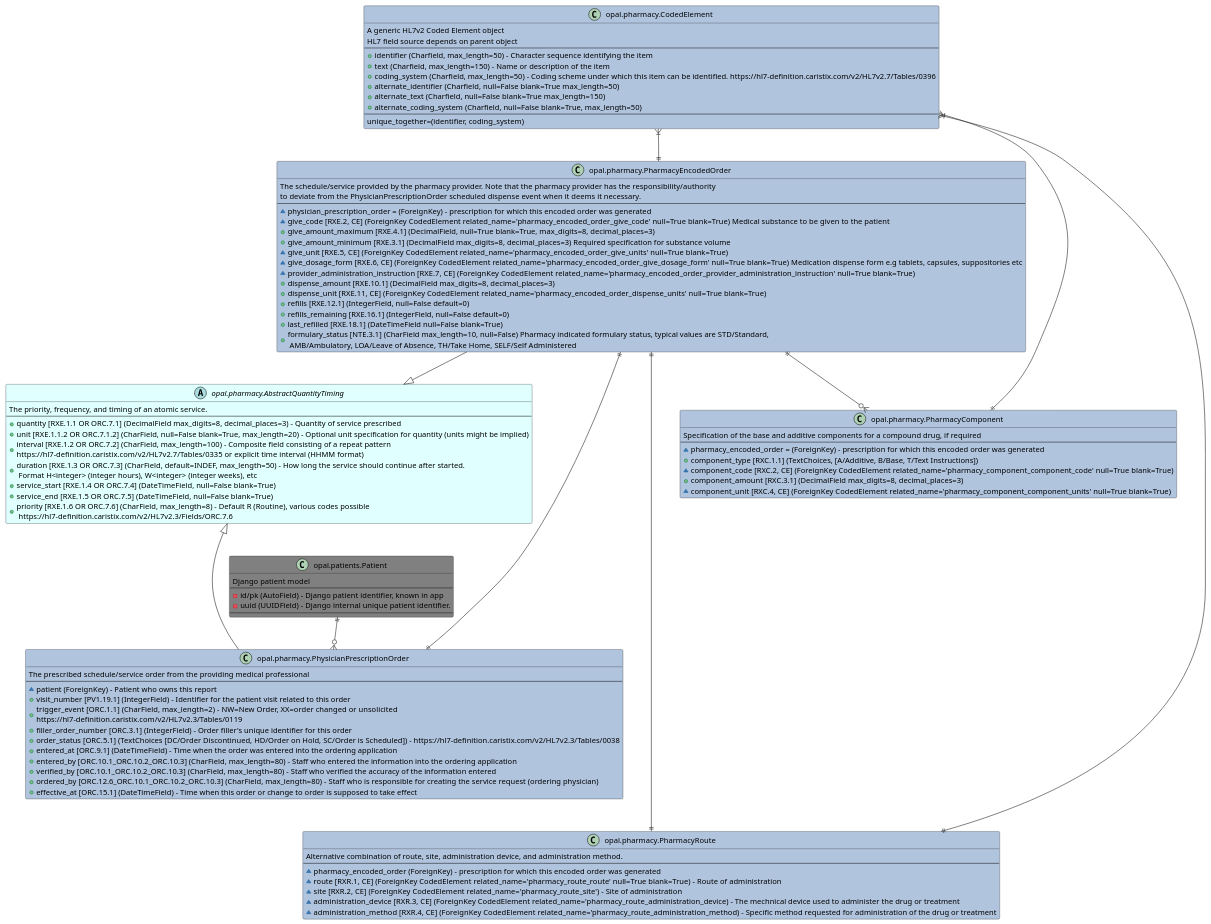
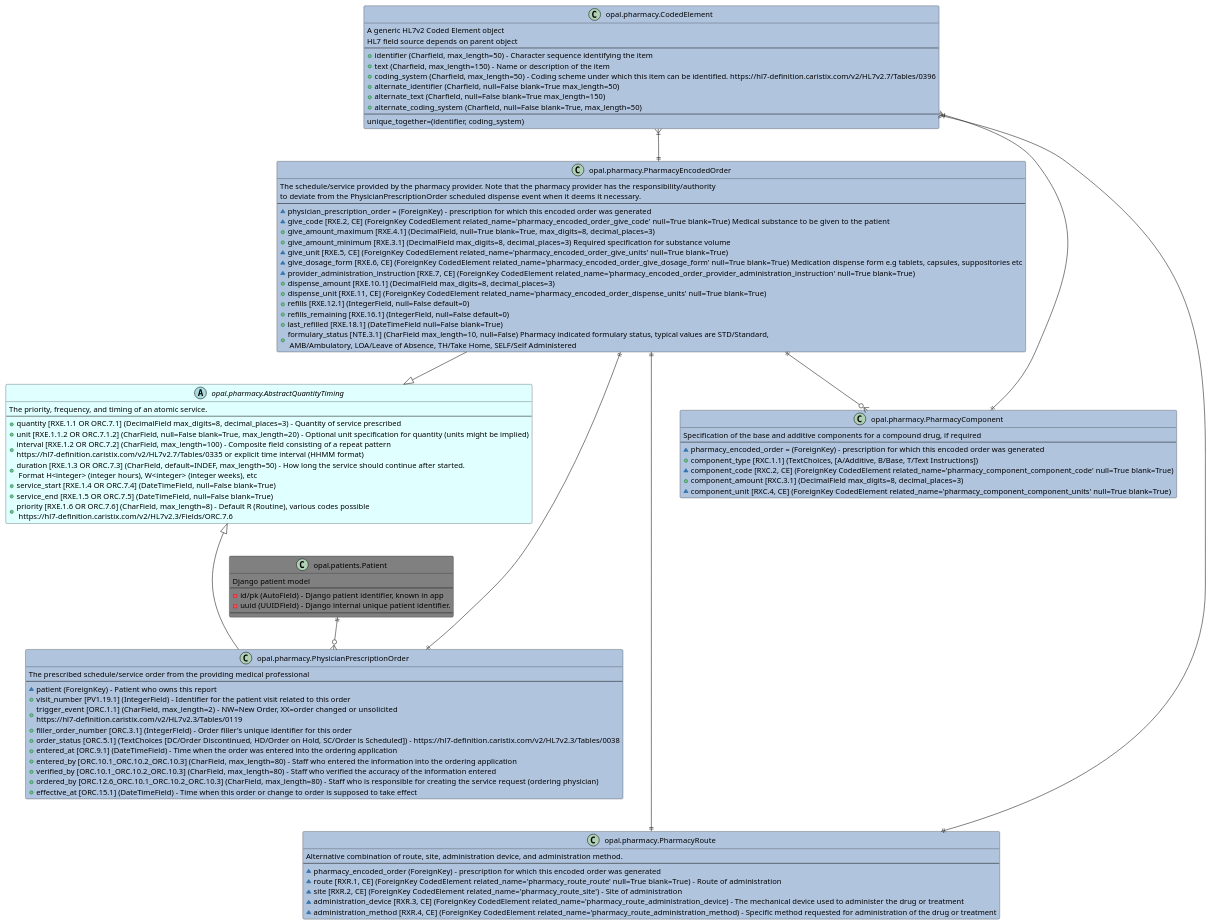
One commit to opalmedapps/docs changed the diagram in docs/development/architecture/diagrams/pharmacy/pharmacy_data_models.puml. Above: the diagram before and after it, drawn with PlantUML. The commit also changed 4 other files, not shown here.

```diff
--- a/docs/development/architecture/diagrams/pharmacy/pharmacy_data_models.puml
+++ b/docs/development/architecture/diagrams/pharmacy/pharmacy_data_models.puml
@@ -1,110 +1,110 @@
 @startuml Pharmacy data hl7 field sources
 
 class "opal.pharmacy.CodedElement " as codedelement #LightSteelBlue {
     A generic HL7v2 Coded Element object
     HL7 field source depends on parent object
     --
     + identifier (Charfield, max_length=50) - Character sequence identifying the item
     + text (Charfield, max_length=150) - Name or description of the item
     + coding_system (Charfield, max_length=50) - Coding scheme under which this item can be identified. https://hl7-definition.caristix.com/v2/HL7v2.7/Tables/0396
     + alternate_identifier (Charfield, null=False blank=True max_length=50)
     + alternate_text (Charfield, null=False blank=True max_length=150)
     + alternate_coding_system (Charfield, null=False blank=True, max_length=50)
     --
     unique_together=(identifier, coding_system)
 }
 
 class "opal.pharmacy.PhysicianPrescriptionOrder" as prescription #LightSteelBlue {
     The prescribed schedule/service order from the providing medical professional
     --
     ~ patient (ForeignKey) - Patient who owns this report
     + visit_number [PV1.19.1] (IntegerField) - Identifier for the patient visit related to this order
     + trigger_event [ORC.1.1]  (CharField, max_length=2) - NW=New Order, XX=order changed or unsolicited \nhttps://hl7-definition.caristix.com/v2/HL7v2.3/Tables/0119
     + filler_order_number [ORC.3.1] (IntegerField) - Order filler's unique identifier for this order
     + order_status [ORC.5.1] (TextChoices [DC/Order Discontinued, HD/Order on Hold, SC/Order is Scheduled]) - https://hl7-definition.caristix.com/v2/HL7v2.3/Tables/0038
     + entered_at [ORC.9.1] (DateTimeField) - Time when the order was entered into the ordering application
     + entered_by [ORC.10.1_ORC.10.2_ORC.10.3] (CharField, max_length=80) - Staff who entered the information into the ordering application
     + verified_by [ORC.10.1_ORC.10.2_ORC.10.3] (CharField, max_length=80) - Staff who verified the accuracy of the information entered
     + ordered_by [ORC.12.6_ORC.10.1_ORC.10.2_ORC.10.3] (CharField, max_length=80) - Staff who is responsible for creating the service request (ordering physician)
     + effective_at [ORC.15.1] (DateTimeField) - Time when this order or change to order is supposed to take effect
 }
 
 class  "opal.pharmacy.PharmacyEncodedOrder" as encodedorder #LightSteelBlue {
     The schedule/service provided by the pharmacy provider. Note that the pharmacy provider has the responsibility/authority
     to deviate from the PhysicianPrescriptionOrder scheduled dispense event when it deems it necessary.
     --
     ~ physician_prescription_order = (ForeignKey) - prescription for which this encoded order was generated
     ~ give_code [RXE.2, CE] (ForeignKey CodedElement related_name='pharmacy_encoded_order_give_code' null=True blank=True) Medical substance to be given to the patient
     + give_amount_maximum [RXE.4.1] (DecimalField, null=True blank=True, max_digits=8, decimal_places=3)
     + give_amount_minimum [RXE.3.1] (DecimalField max_digits=8, decimal_places=3) Required specification for substance volume
     ~ give_unit [RXE.5, CE] (ForeignKey CodedElement related_name='pharmacy_encoded_order_give_units' null=True blank=True)
     ~ give_dosage_form [RXE.6, CE] (ForeignKey CodedElement related_name='pharmacy_encoded_order_give_dosage_form' null=True blank=True) Medication dispense form e.g tablets, capsules, suppositories etc
     ~ provider_administration_instruction [RXE.7, CE] (ForeignKey CodedElement related_name='pharmacy_encoded_order_provider_administration_instruction' null=True blank=True)
     + dispense_amount [RXE.10.1] (DecimalField max_digits=8, decimal_places=3)
     + dispense_unit [RXE.11, CE] (ForeignKey CodedElement related_name='pharmacy_encoded_order_dispense_units' null=True blank=True)
     + refills [RXE.12.1] (IntegerField, null=False default=0)
     + refills_remaining [RXE.16.1] (IntegerField, null=False default=0)
     + last_refilled [RXE.18.1] (DateTimeField null=False blank=True)
     + formulary_status [NTE.3.1] (CharField max_length=10, null=False) Pharmacy indicated formulary status, typical values are STD/Standard,\n AMB/Ambulatory, LOA/Leave of Absence, TH/Take Home, SELF/Self Administered
 }
 
 abstract class "opal.pharmacy.AbstractQuantityTiming" as quantitytiming #LightCyan {
     The priority, frequency, and timing of an atomic service.
     --
     + quantity [RXE.1.1 OR ORC.7.1] (DecimalField max_digits=8, decimal_places=3) - Quantity of service prescribed
     + unit [RXE.1.1.2 OR ORC.7.1.2] (CharField, null=False blank=True, max_length=20) - Optional unit specification for quantity (units might be implied)
     + interval [RXE.1.2 OR ORC.7.2] (CharField, max_length=100) - Composite field consisting of a repeat pattern \nhttps://hl7-definition.caristix.com/v2/HL7v2.7/Tables/0335 or explicit time interval (HHMM format)
     + duration [RXE.1.3 OR ORC.7.3] (CharField, default=INDEF, max_length=50) - How long the service should continue after started. \n Format H<integer> (integer hours), W<integer> (integer weeks), etc
     + service_start [RXE.1.4 OR ORC.7.4] (DateTimeField, null=False blank=True)
     + service_end [RXE.1.5 OR ORC.7.5] (DateTimeField, null=False blank=True)
     + priority [RXE.1.6 OR ORC.7.6] (CharField, max_length=8) - Default R (Routine), various codes possible \n https://hl7-definition.caristix.com/v2/HL7v2.3/Fields/ORC.7.6
 }
 
 class "opal.patients.Patient" as patient #Gray {
     Django patient model
     --
     - id/pk (AutoField) - Django patient identifier, known in app
     - uuid (UUIDField) - Django internal unique patient identifier.
     --
 }
 
 class  "opal.pharmacy.PharmacyRoute" as route #LightSteelBlue {
     Alternative combination of route, site, administration device, and administration method.
     --
     ~ pharmacy_encoded_order (ForeignKey) - prescription for which this encoded order was generated
     ~ route [RXR.1, CE] (ForeignKey CodedElement related_name='pharmacy_route_route' null=True blank=True) - Route of administration
     ~ site [RXR.2, CE] (ForeignKey CodedElement related_name='pharmacy_route_site') - Site of administration
-    ~ administration_device [RXR.3, CE] (ForeignKey CodedElement related_name='pharmacy_route_administration_device) - The mechnical device used to administer the drug or treatment
+    ~ administration_device [RXR.3, CE] (ForeignKey CodedElement related_name='pharmacy_route_administration_device) - The mechanical device used to administer the drug or treatment
     ~ administration_method [RXR.4, CE] (ForeignKey CodedElement related_name='pharmacy_route_administration_method) - Specific method requested for administration of the drug or treatment
 }
 
 class  "opal.pharmacy.PharmacyComponent" as component #LightSteelBlue {
     Specification of the base and additive components for a compound drug, if required
     --
     ~ pharmacy_encoded_order = (ForeignKey) - prescription for which this encoded order was generated
     + component_type [RXC.1.1] (TextChoices, [A/Additive, B/Base, T/Text Instructions])
     ~ component_code [RXC.2, CE] (ForeignKey CodedElement related_name='pharmacy_component_component_code' null=True blank=True)
     + component_amount [RXC.3.1] (DecimalField max_digits=8, decimal_places=3)
     ~ component_unit [RXC.4, CE] (ForeignKey CodedElement related_name='pharmacy_component_component_units' null=True blank=True)
 }
 
 
 patient ||--o{ prescription
 prescription ||--|| encodedorder
 encodedorder ||--|| route
 encodedorder ||--o{ component
 prescription --|> quantitytiming
 encodedorder --|> quantitytiming
 route ||--|{ codedelement
 component ||--|{ codedelement
 encodedorder ||--|{ codedelement
 ' prescription }|--|{ staff
 
 ' component -[hidden]- prescription
 ' encodedorder -[hidden]- patient
 quantitytiming -[hidden]- patient
 codedelement -[hidden]- quantitytiming
 codedelement -[hidden]- encodedorder
 prescription -[hidden]- route
 ' patient -[hidden]- staff
 @enduml
```
